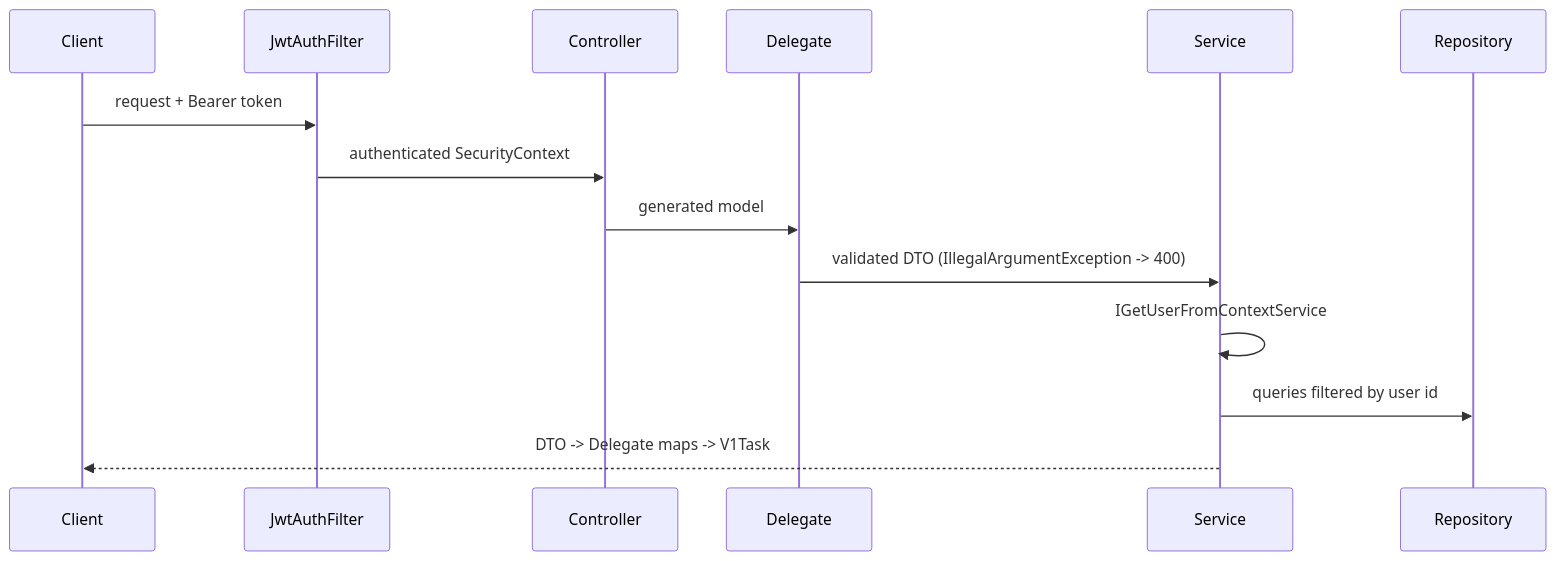
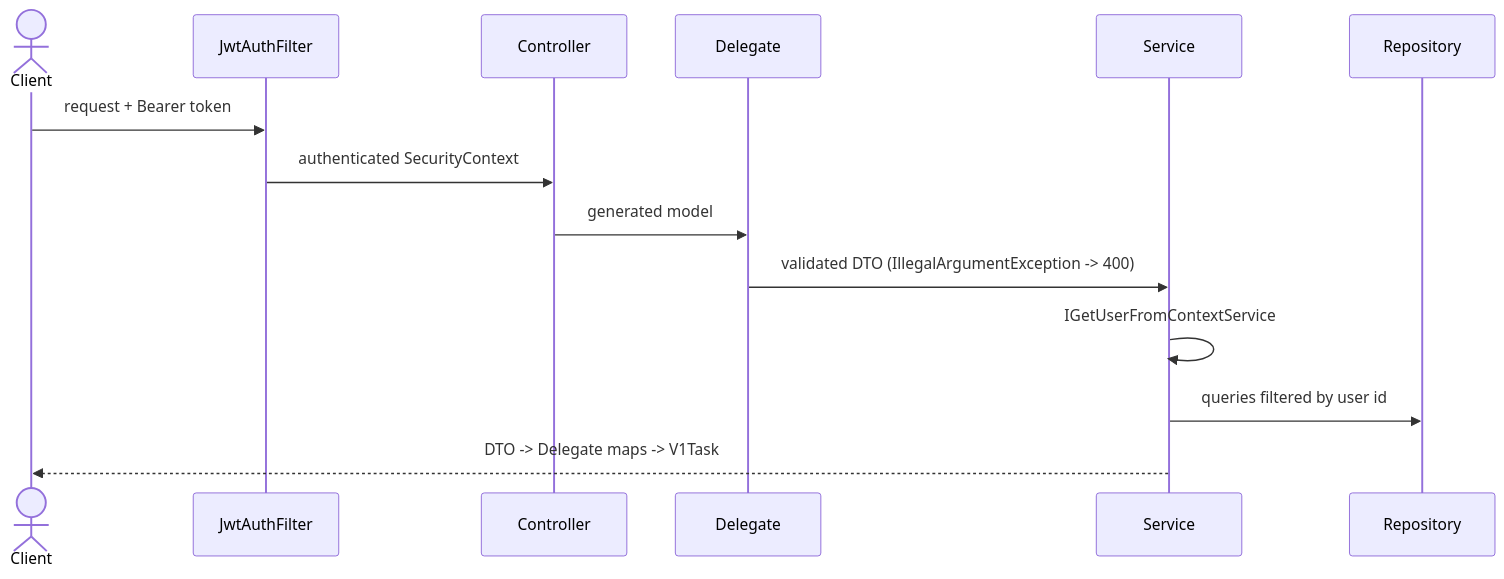
One commit to IsakovEduard/TodoApp changed the second of 2 diagrams in docs/architecture.md. Above: the diagram before and after it, drawn with Mermaid. The commit also changed other lines of this file, not shown here.

Commit message:
DOCS: Use distinct Mermaid shapes for database, cache and services in architecture diagrams

````diff
--- a/docs/architecture.md
+++ b/docs/architecture.md
@@ -34,10 +50,11 @@
 ```mermaid
 sequenceDiagram
+    actor Client
     Client->>JwtAuthFilter: request + Bearer token
     JwtAuthFilter->>Controller: authenticated SecurityContext
     Controller->>Delegate: generated model
     Delegate->>Service: validated DTO (IllegalArgumentException -> 400)
     Service->>Service: IGetUserFromContextService
     Service->>Repository: queries filtered by user id
     Service-->>Client: DTO -> Delegate maps -> V1Task
 ```
````
